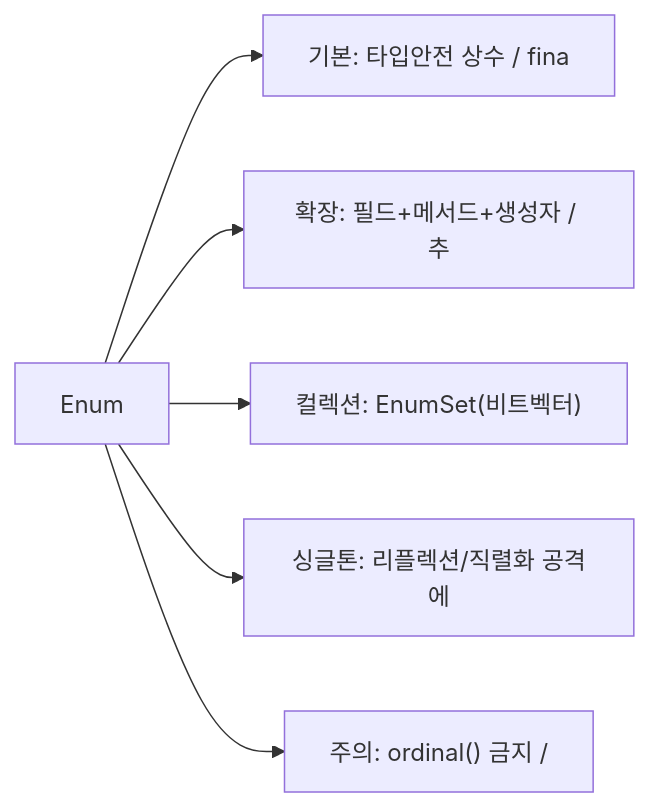
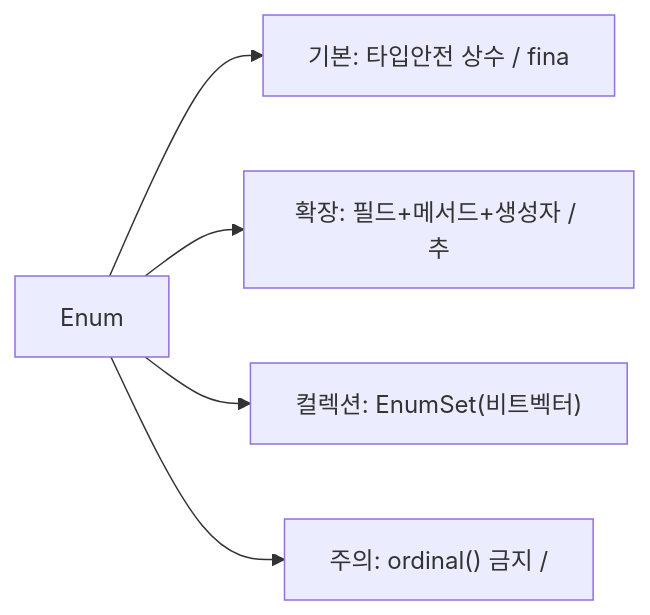
One commit to yjkim2015/yjkim2015.github.io changed the fourth of 4 diagrams in _posts/java/2026-05-01-java-enum.md. Above: the diagram before and after it, drawn with Mermaid. The commit also changed 149 other files, not shown here.

First line of the commit message:
Mermaid 가독성 개선: 라벨 축약, 노드 축소, TD→LR 변환

````diff
--- a/_posts/java/2026-05-01-java-enum.md
+++ b/_posts/java/2026-05-01-java-enum.md
@@ -799,8 +799,7 @@
 ```mermaid
 graph LR
     A["Enum"] --> B["기본: 타입안전 상수 / fina"]
     A --> C["확장: 필드+메서드+생성자 / 추"]
     A --> D["컬렉션: EnumSet(비트벡터)"]
-    A --> E["싱글톤: 리플렉션/직렬화 공격에"]
     A --> F["주의: ordinal() 금지 /"]
 ```
````
